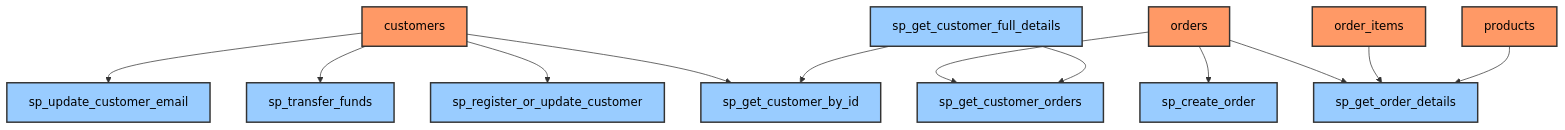
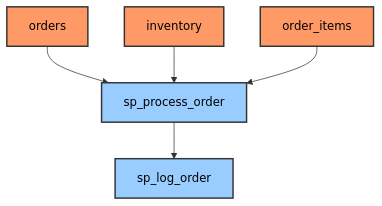
The diagram in diagrams/lineage.mmd (25Jayesh10/Data_Lineage_Analyzer), drawn with Mermaid before and after one commit. The commit also changed 13 other files, not shown here.

```diff
--- a/diagrams/lineage.mmd
+++ b/diagrams/lineage.mmd
@@ -1,17 +1,10 @@
 graph TD
     %% Node styles
     classDef table fill:#f96,stroke:#333,stroke-width:2px,color:#000;
     classDef stored_proc fill:#9cf,stroke:#333,stroke-width:2px ,color:#000;
-    customers --> sp_get_customer_by_id
-    customers --> sp_register_or_update_customer
-    customers --> sp_transfer_funds
-    customers --> sp_update_customer_email
-    orders --> sp_create_order
-    orders --> sp_get_customer_orders
-    orders --> sp_get_order_details
-    sp_get_customer_full_details --> sp_get_customer_by_id
-    sp_get_customer_full_details --> sp_get_customer_orders
-    order_items --> sp_get_order_details
-    products --> sp_get_order_details
-    class customers,orders,order_items,products table;
-    class sp_get_customer_orders,sp_update_customer_email,sp_transfer_funds,sp_get_order_details,sp_get_customer_full_details,sp_register_or_update_customer,sp_create_order,sp_get_customer_by_id stored_proc;
+    orders --> sp_process_order
+    inventory --> sp_process_order
+    order_items --> sp_process_order
+    sp_process_order --> sp_log_order
+    class inventory,orders,order_items table;
+    class sp_process_order,sp_log_order stored_proc;
```
